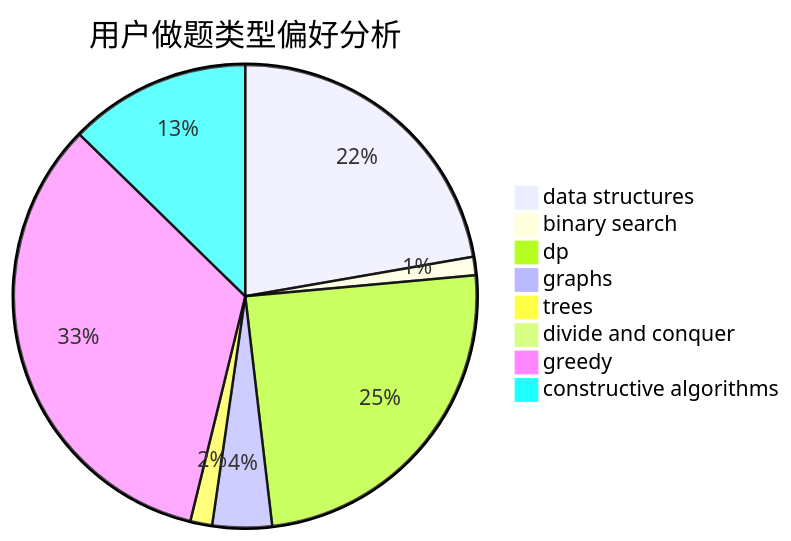
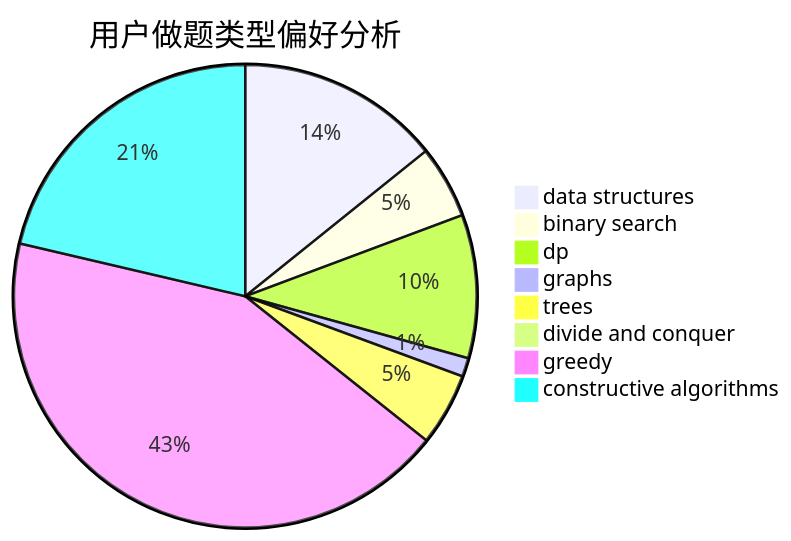
Before and after one commit to sherpahu/cfrs.github.io: the second of 3 diagrams in docs/user/u511.md, drawn with Mermaid. The commit also changed other lines of this file and 2770 other files, not shown here.

````diff
--- a/docs/user/u511.md
+++ b/docs/user/u511.md
@@ -23,11 +23,11 @@
 ```mermaid
 pie title 用户做题类型偏好分析
-    "data structures" :  365
-    "binary search" :  21
-    "dp" :  403
-    "graphs" :  68
-    "trees" :  25
-    "divide and conquer" :  1
-    "greedy" :  549
-    "constructive algorithms" :  208
+    "data structures" :  98
+    "binary search" :  35
+    "dp" :  69
+    "graphs" :  9
+    "trees" :  35
+    "divide and conquer" :  0
+    "greedy" :  296
+    "constructive algorithms" :  147
 ```
````
